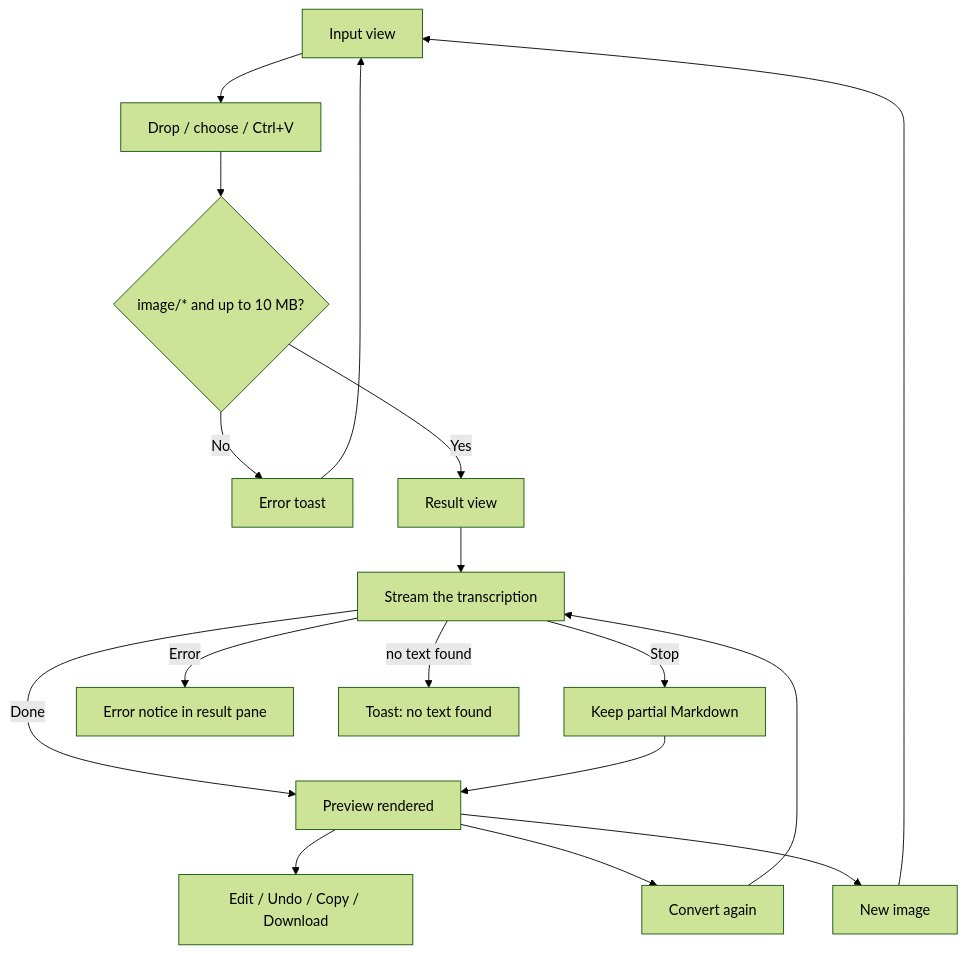
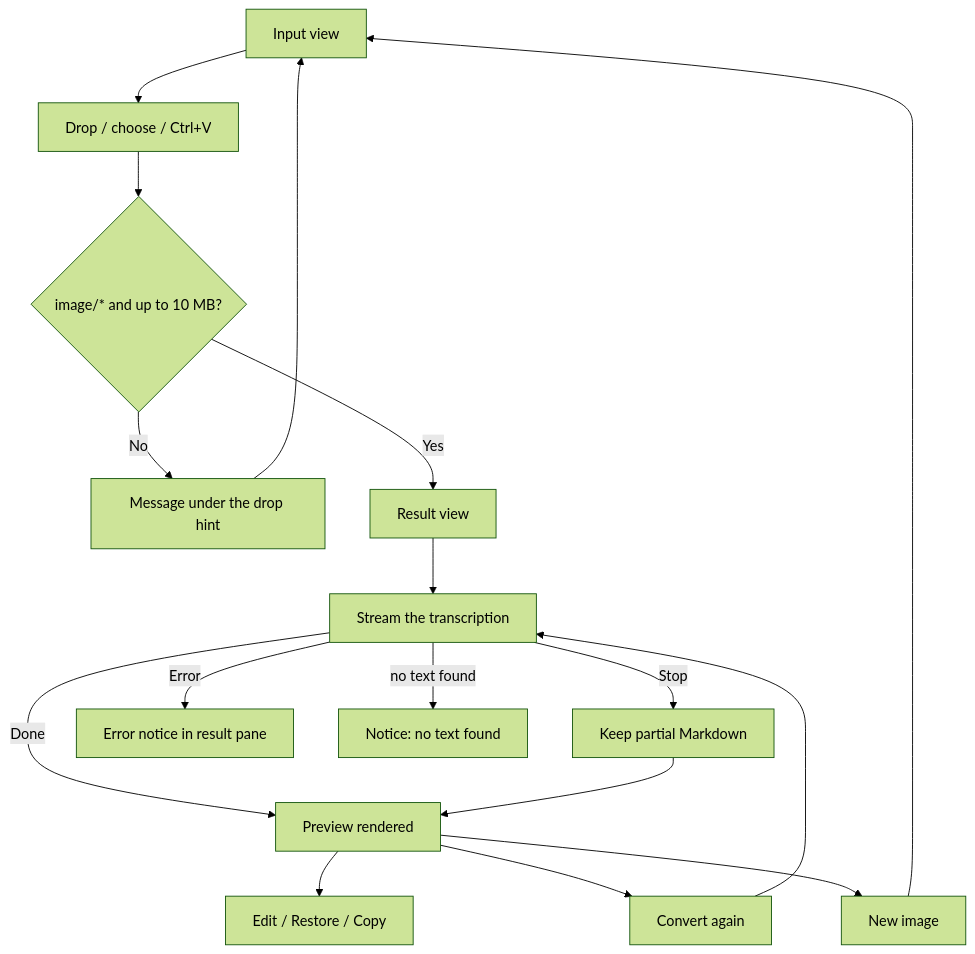
One commit to phanxuanquang/XCan-AI changed the second of 3 diagrams in docs/user-guide.md. Above: the diagram before and after it, drawn with Mermaid (forest theme). The commit also changed other lines of this file and 5 other files, not shown here.

````diff
--- a/docs/user-guide.md
+++ b/docs/user-guide.md
@@ -30,15 +31,15 @@
 ```mermaid
 flowchart TD
     A[Input view] --> B["Drop / choose / Ctrl+V"]
     B --> C{"image/* and up to 10 MB?"}
-    C -- No --> T[Error toast] --> A
+    C -- No --> T[Message under the drop hint] --> A
     C -- Yes --> V[Result view] --> G["Stream the transcription"]
     G -- Stop --> K[Keep partial Markdown]
     G -- Error --> E[Error notice in result pane]
-    G -- "no text found" --> N[Toast: no text found]
+    G -- "no text found" --> N[Notice: no text found]
     G -- Done --> O[Preview rendered]
     K --> O
-    O --> ED["Edit / Undo / Copy / Download"]
+    O --> ED["Edit / Restore / Copy"]
     O --> RG[Convert again] --> G
     O --> NI[New image] --> A
 ```
````
